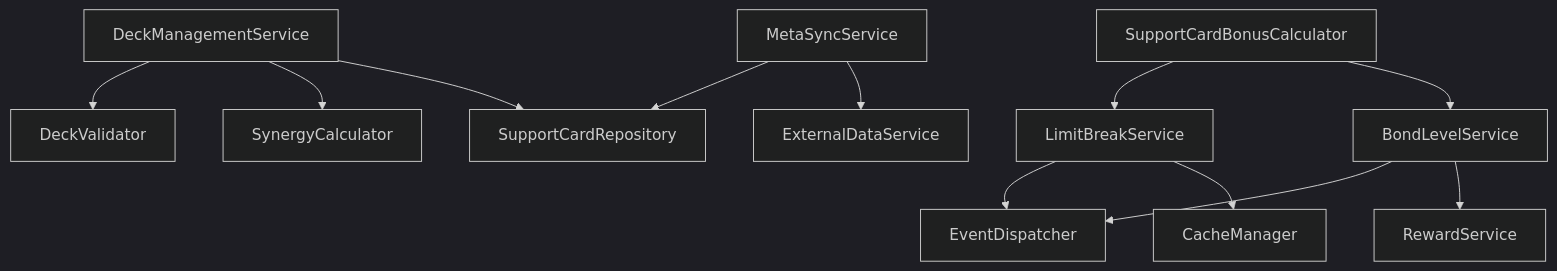
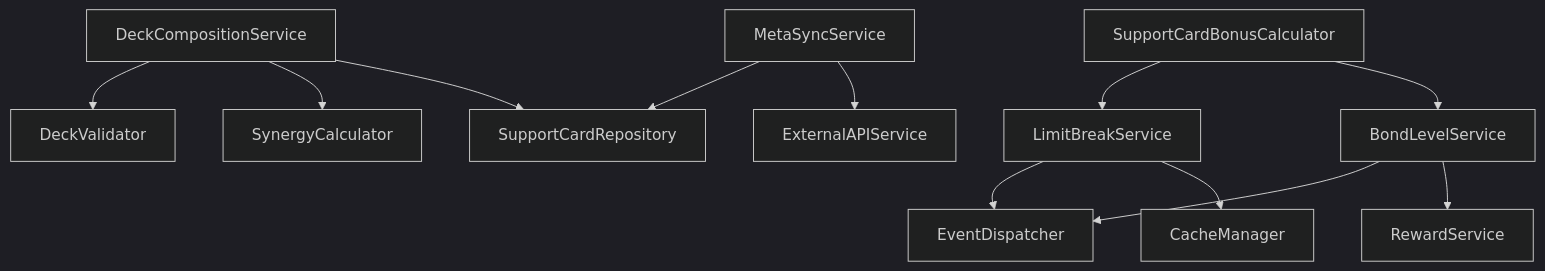
The sixth of 7 diagrams in docs/01-tech-flow/TECH-FLOW-005_Support_Card_Management_Flow.md (exatfrds67/umamusume-career-planner), drawn with Mermaid (dark theme) before and after one commit. The commit also changed other lines of this file and 58 other files, not shown here.

Commit message:
docs(flow): fix markdownlint errors in diagrams, flows, sequences, tech-flow, user-flows, and wireframes

````diff
--- a/docs/01-tech-flow/TECH-FLOW-005_Support_Card_Management_Flow.md
+++ b/docs/01-tech-flow/TECH-FLOW-005_Support_Card_Management_Flow.md
@@ -1344,18 +1344,18 @@
 ```mermaid
 flowchart TD
-    DeckManagementService --> SupportCardRepository
-    DeckManagementService --> SynergyCalculator
-    DeckManagementService --> DeckValidator
+    DeckCompositionService --> SupportCardRepository
+    DeckCompositionService --> SynergyCalculator
+    DeckCompositionService --> DeckValidator
     
     SupportCardBonusCalculator --> BondLevelService
     SupportCardBonusCalculator --> LimitBreakService
     
     LimitBreakService --> CacheManager
     LimitBreakService --> EventDispatcher
     
     BondLevelService --> RewardService
     BondLevelService --> EventDispatcher
     
-    MetaSyncService --> ExternalDataService
+    MetaSyncService --> ExternalAPIService
     MetaSyncService --> SupportCardRepository
 ```
````
